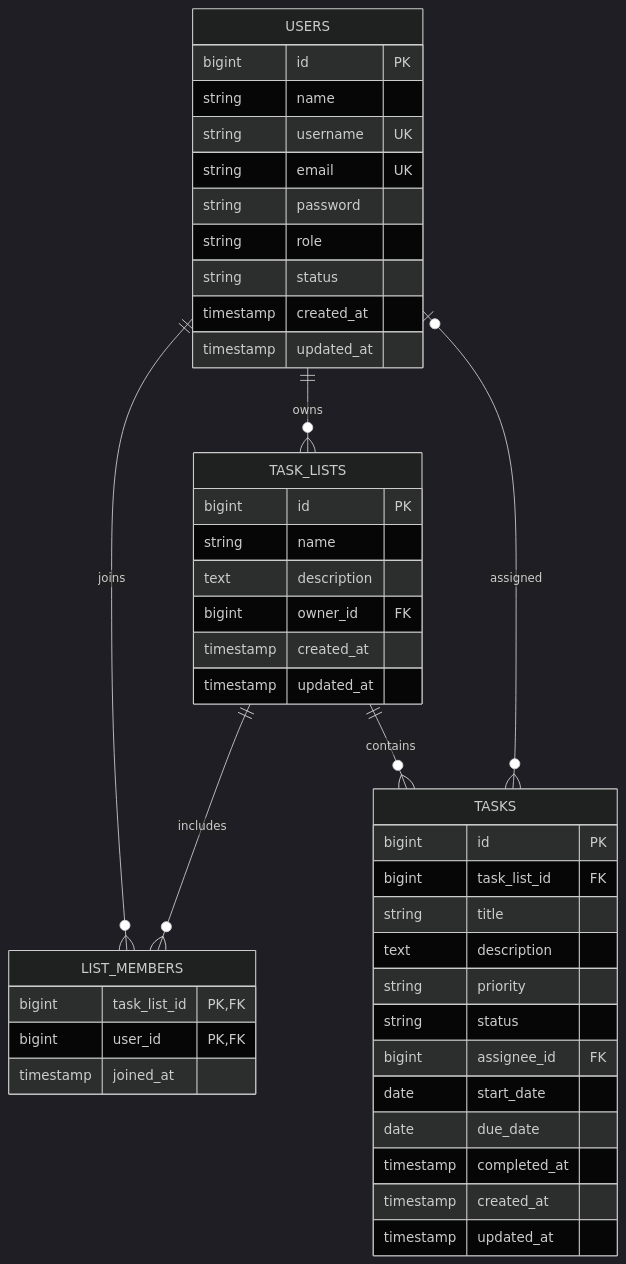
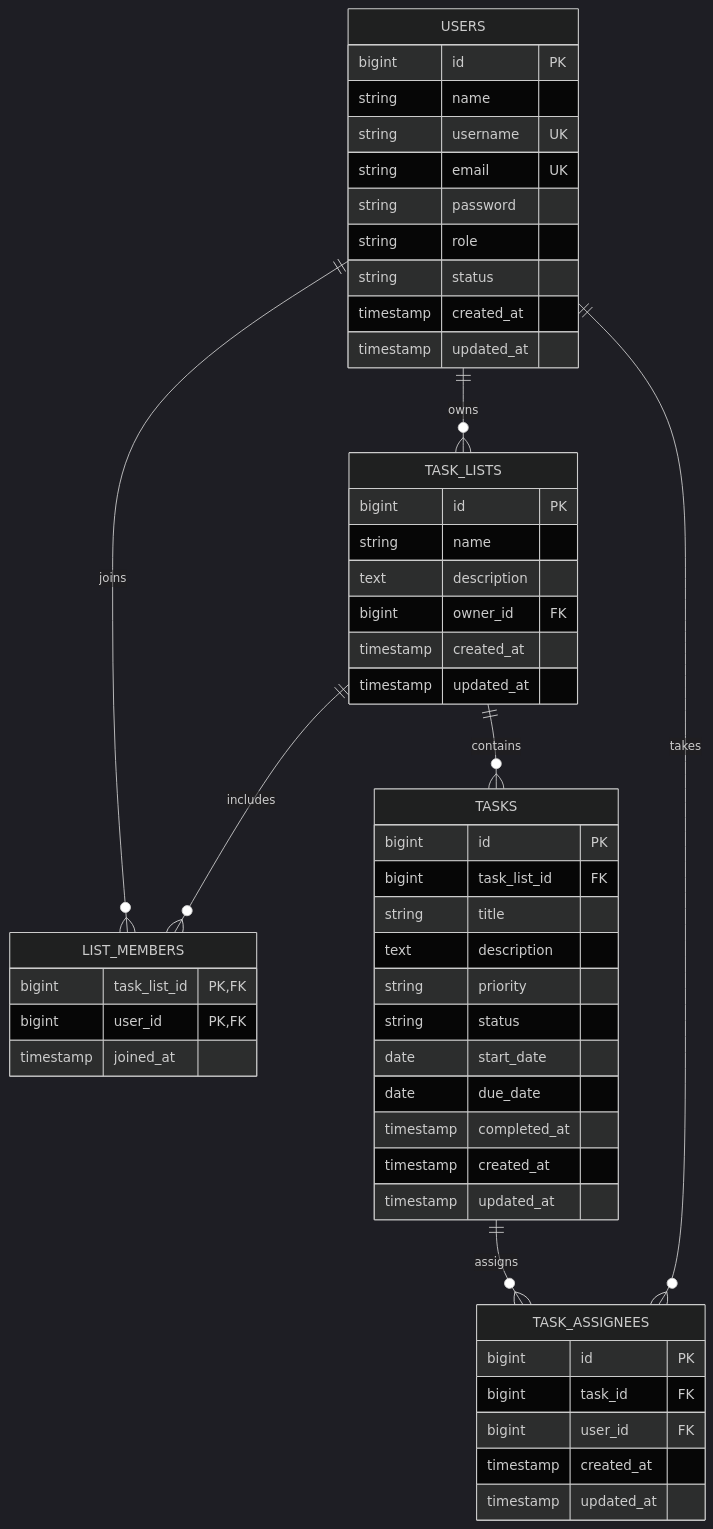
The diagram in docs/DATABASE.md (myudak/PPK-Jara), drawn with Mermaid (dark theme) before and after one commit. The commit also changed other lines of this file and 20 other files, not shown here.

First line of the commit message:
feat(tasks): allow tasks to be assigned to multiple members (SRS-027)

````diff
--- a/docs/DATABASE.md
+++ b/docs/DATABASE.md
@@ -7,47 +7,54 @@
 ```mermaid
 erDiagram
     USERS ||--o{ TASK_LISTS : owns
     USERS ||--o{ LIST_MEMBERS : joins
     TASK_LISTS ||--o{ LIST_MEMBERS : includes
     TASK_LISTS ||--o{ TASKS : contains
-    USERS o|--o{ TASKS : assigned
+    TASKS ||--o{ TASK_ASSIGNEES : assigns
+    USERS ||--o{ TASK_ASSIGNEES : takes
 
     USERS {
         bigint id PK
         string name
         string username UK
         string email UK
         string password
         string role
         string status
         timestamp created_at
         timestamp updated_at
     }
     TASK_LISTS {
         bigint id PK
         string name
         text description
         bigint owner_id FK
         timestamp created_at
         timestamp updated_at
     }
     LIST_MEMBERS {
         bigint task_list_id PK,FK
         bigint user_id PK,FK
         timestamp joined_at
     }
     TASKS {
         bigint id PK
         bigint task_list_id FK
         string title
         text description
         string priority
         string status
-        bigint assignee_id FK
         date start_date
         date due_date
         timestamp completed_at
         timestamp created_at
         timestamp updated_at
     }
+    TASK_ASSIGNEES {
+        bigint id PK
+        bigint task_id FK
+        bigint user_id FK
+        timestamp created_at
+        timestamp updated_at
+    }
 ```
````
